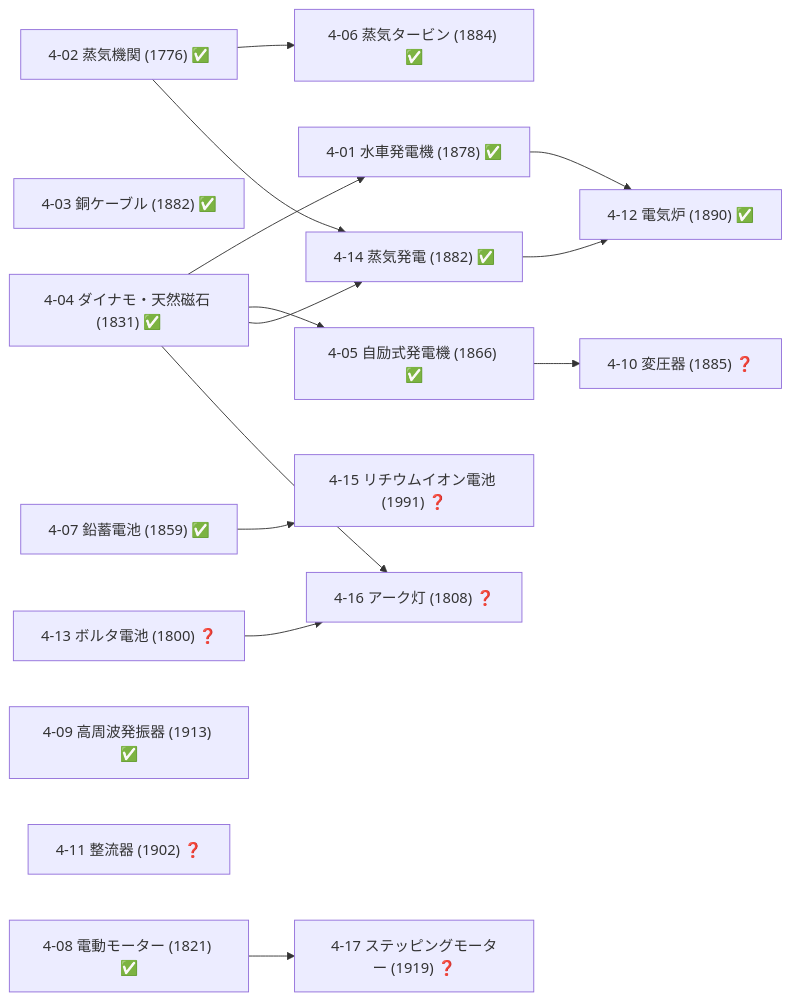
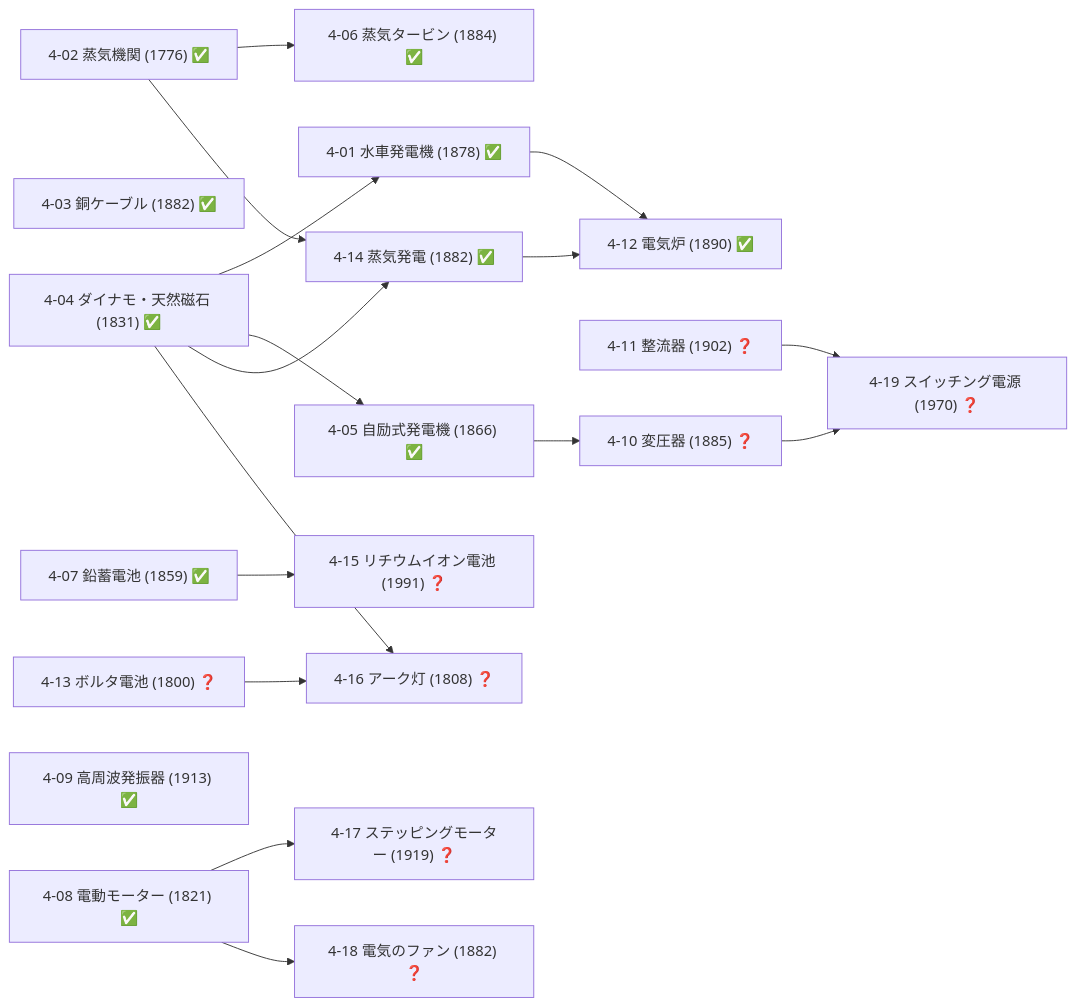
The seventh of 19 diagrams in docs/TECH_TREE_VIEW.md (taku3i0317-collab/semiconductor-lab), drawn with Mermaid before and after one commit. The commit also changed other lines of this file and 12 other files, not shown here.

````diff
--- a/docs/TECH_TREE_VIEW.md
+++ b/docs/TECH_TREE_VIEW.md
@@ -357,32 +361,37 @@
 ```mermaid
 graph LR
   n4_01["4-01 水車発電機 (1878) ✅"]
   n4_02["4-02 蒸気機関 (1776) ✅"]
   n4_03["4-03 銅ケーブル (1882) ✅"]
   n4_04["4-04 ダイナモ・天然磁石 (1831) ✅"]
   n4_05["4-05 自励式発電機 (1866) ✅"]
   n4_06["4-06 蒸気タービン (1884) ✅"]
   n4_07["4-07 鉛蓄電池 (1859) ✅"]
   n4_08["4-08 電動モーター (1821) ✅"]
   n4_09["4-09 高周波発振器 (1913) ✅"]
   n4_10["4-10 変圧器 (1885) ❓"]
   n4_11["4-11 整流器 (1902) ❓"]
   n4_12["4-12 電気炉 (1890) ✅"]
   n4_13["4-13 ボルタ電池 (1800) ❓"]
   n4_14["4-14 蒸気発電 (1882) ✅"]
   n4_15["4-15 リチウムイオン電池 (1991) ❓"]
   n4_16["4-16 アーク灯 (1808) ❓"]
   n4_17["4-17 ステッピングモーター (1919) ❓"]
+  n4_18["4-18 電気のファン (1882) ❓"]
+  n4_19["4-19 スイッチング電源 (1970) ❓"]
   n4_04-->n4_01
   n4_04-->n4_05
   n4_02-->n4_06
   n4_05-->n4_10
   n4_01-->n4_12
   n4_14-->n4_12
   n4_02-->n4_14
   n4_04-->n4_14
   n4_07-->n4_15
   n4_04-->n4_16
   n4_13-->n4_16
   n4_08-->n4_17
+  n4_08-->n4_18
+  n4_10-->n4_19
+  n4_11-->n4_19
 ```
````
